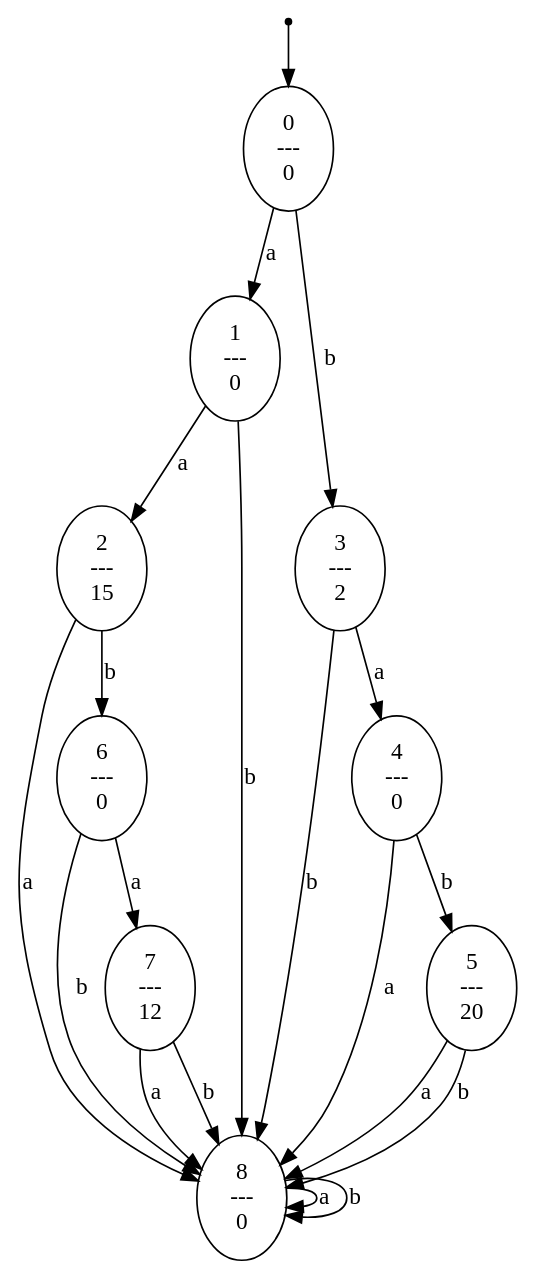
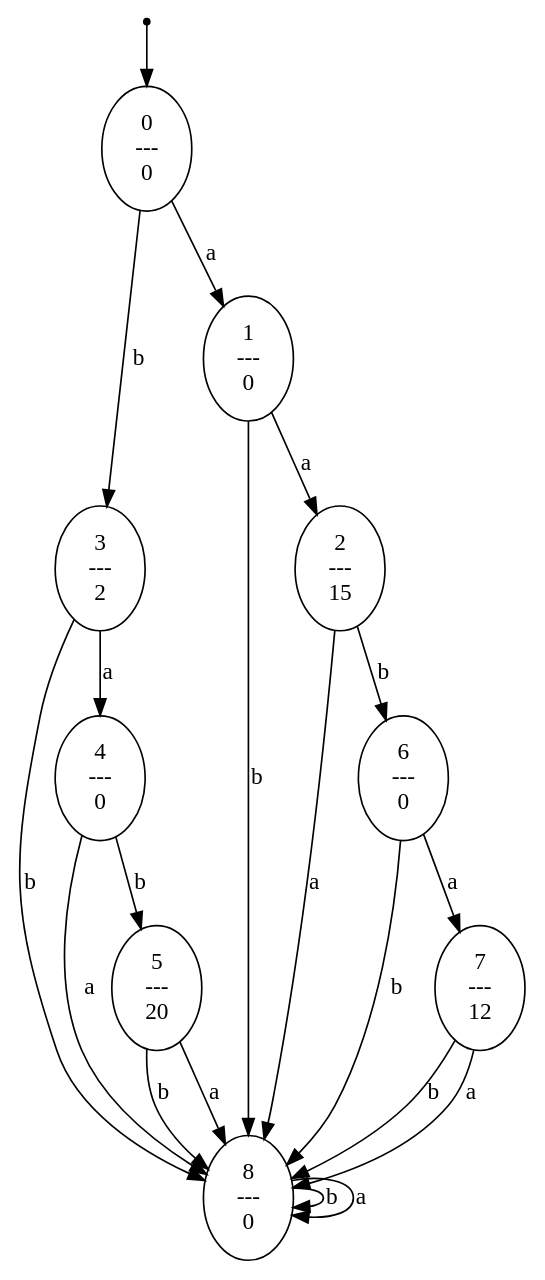
The diagram in code/dot/rc2.dot (srnapls/history-rewards-for-pomdps), drawn with Graphviz before and after one commit. The commit also changed other lines of this file and 11 other files, not shown here.

```diff
--- a/code/dot/rc2.dot
+++ b/code/dot/rc2.dot
@@ -1,31 +1,31 @@
 digraph G {
 0 [label="", shape=point];
 0 -> 1;
 1 [label="0\n---\n0"];
+1 -> 4  [label=b];
 1 -> 2  [label=a];
-1 -> 4  [label=b];
 2 [label="1\n---\n0"];
+2 -> 9  [label=b];
 2 -> 3  [label=a];
-2 -> 9  [label=b];
 3 [label="2\n---\n15"];
+3 -> 7  [label=b];
 3 -> 9  [label=a];
-3 -> 7  [label=b];
 4 [label="3\n---\n2"];
+4 -> 9  [label=b];
 4 -> 5  [label=a];
-4 -> 9  [label=b];
 5 [label="4\n---\n0"];
+5 -> 6  [label=b];
 5 -> 9  [label=a];
-5 -> 6  [label=b];
 6 [label="5\n---\n20"];
+6 -> 9  [label=b];
 6 -> 9  [label=a];
-6 -> 9  [label=b];
 7 [label="6\n---\n0"];
+7 -> 9  [label=b];
 7 -> 8  [label=a];
-7 -> 9  [label=b];
 8 [label="7\n---\n12"];
+8 -> 9  [label=b];
 8 -> 9  [label=a];
-8 -> 9  [label=b];
 9 [label="8\n---\n0"];
+9 -> 9  [label=b];
 9 -> 9  [label=a];
-9 -> 9  [label=b];
 }
```
